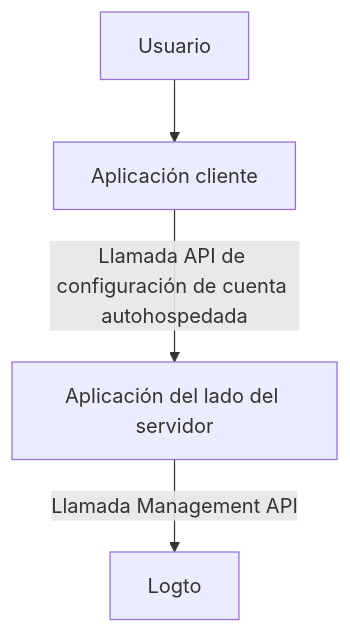
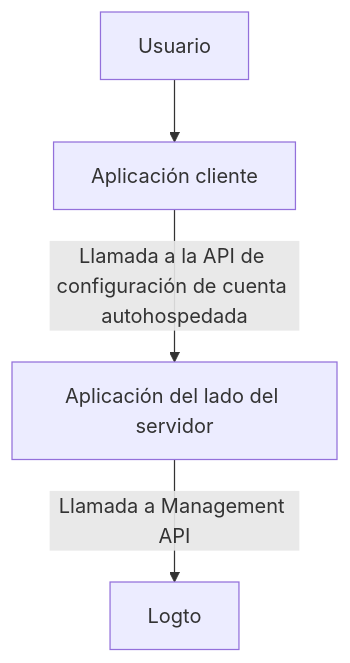
The first of 3 diagrams in i18n/es/docusaurus-plugin-content-docs/current/end-user-flows/account-settings/by-management-api.mdx (logto-io/docs), drawn with Mermaid before and after one commit. The commit also changed other lines of this file and 162 other files, not shown here.

````diff
--- a/i18n/es/docusaurus-plugin-content-docs/current/end-user-flows/account-settings/by-management-api.mdx
+++ b/i18n/es/docusaurus-plugin-content-docs/current/end-user-flows/account-settings/by-management-api.mdx
@@ -13,6 +13,6 @@
 ```mermaid
   graph TB
     A[Usuario] --> B[Aplicación cliente]
-    B -->|Llamada API de configuración de cuenta autohospedada|C[Aplicación del lado del servidor]
-    C -->|Llamada Management API| D[Logto]
+    B -->|Llamada a la API de configuración de cuenta autohospedada|C[Aplicación del lado del servidor]
+    C -->|Llamada a Management API| D[Logto]
 ```
````
